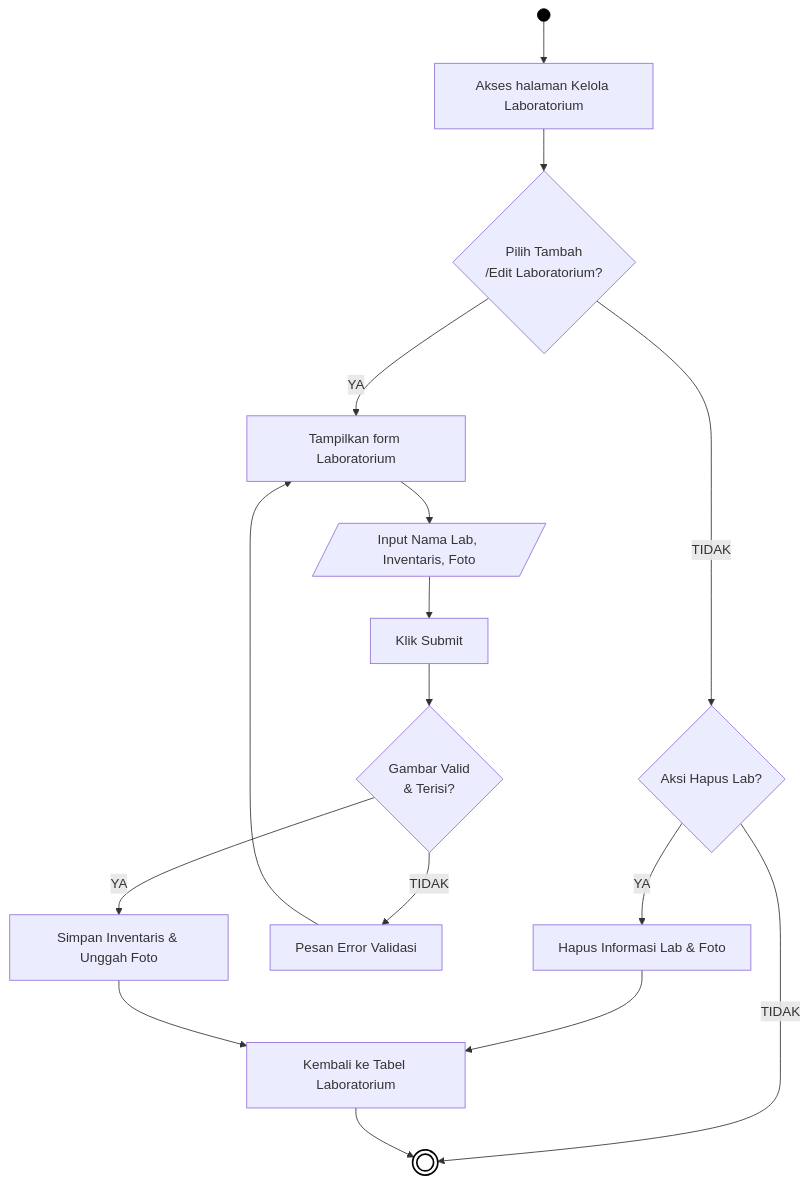
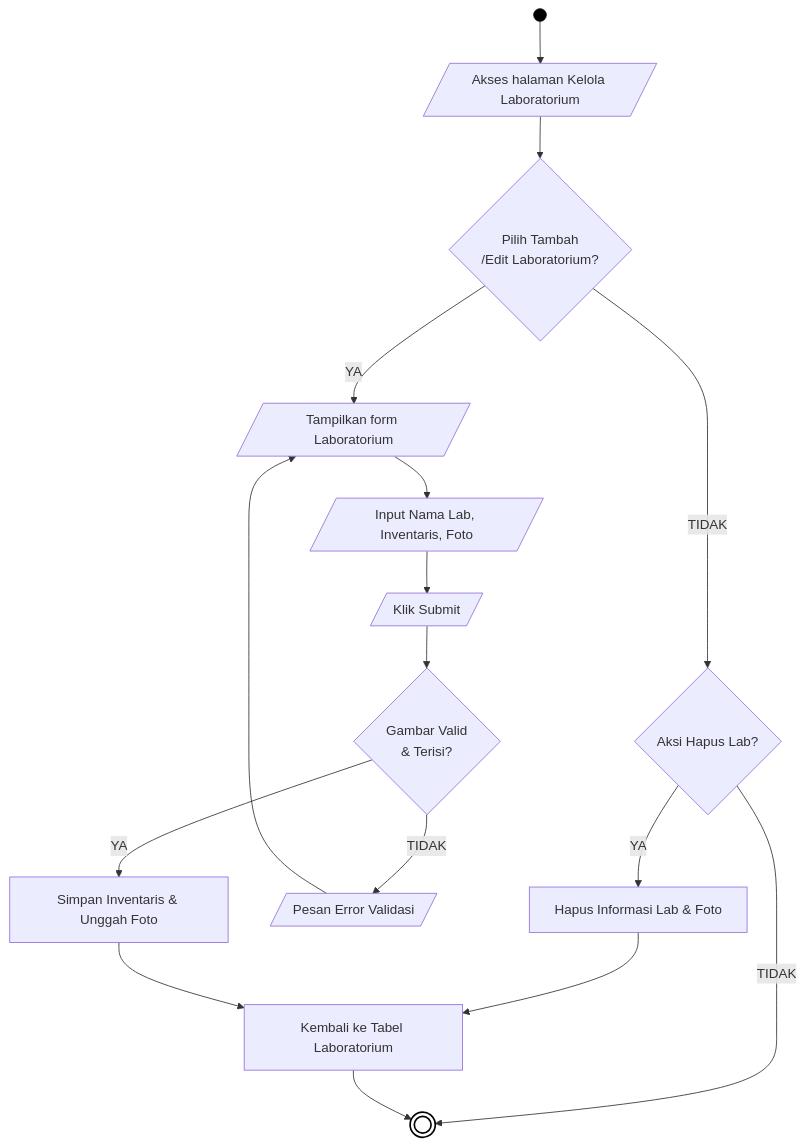
The tenth of 21 diagrams in docs/01_DIAGRAM_AKTIVITAS.md (arbain-dev/Web_fikom), drawn with Mermaid before and after one commit. The commit also changed other lines of this file, not shown here.

````diff
--- a/docs/01_DIAGRAM_AKTIVITAS.md
+++ b/docs/01_DIAGRAM_AKTIVITAS.md
@@ -319,26 +319,26 @@
 ```mermaid
 flowchart TD
-    Start(( )) --> A[Akses halaman Kelola Laboratorium]
+    Start(( )) --> A[/Akses halaman Kelola Laboratorium/]
     
     A --> B{Pilih Tambah\n/Edit Laboratorium?}
     
     B -- TIDAK --> Hapus{Aksi Hapus Lab?}
     Hapus -- YA --> HC[Hapus Informasi Lab & Foto]
     Hapus -- TIDAK --> End((( )))
     HC --> I[Kembali ke Tabel Laboratorium]
     
-    B -- YA --> C[Tampilkan form Laboratorium]
+    B -- YA --> C[/Tampilkan form Laboratorium/]
     C --> D[/Input Nama Lab, Inventaris, Foto/]
-    D --> E[Klik Submit]
+    D --> E[/Klik Submit/]
     
     E --> F{Gambar Valid\n& Terisi?}
-    F -- TIDAK --> G[Pesan Error Validasi]
+    F -- TIDAK --> G[/Pesan Error Validasi/]
     G --> C
     
     F -- YA --> H[Simpan Inventaris & Unggah Foto]
     H --> I
     I --> End
     
     style Start fill:#000,stroke:#000,color:#000
     style End fill:#fff,stroke:#000,stroke-width:2px
 ```
````
